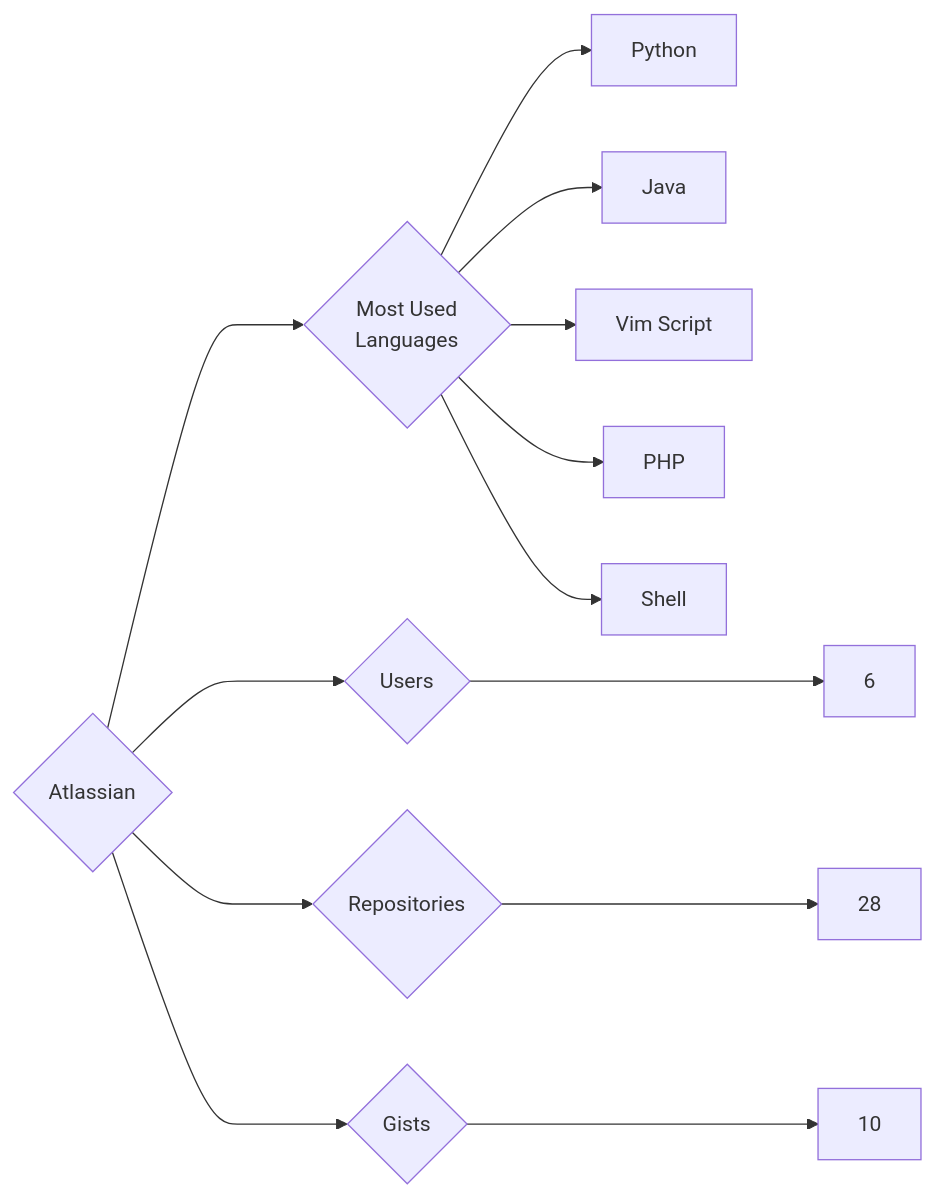
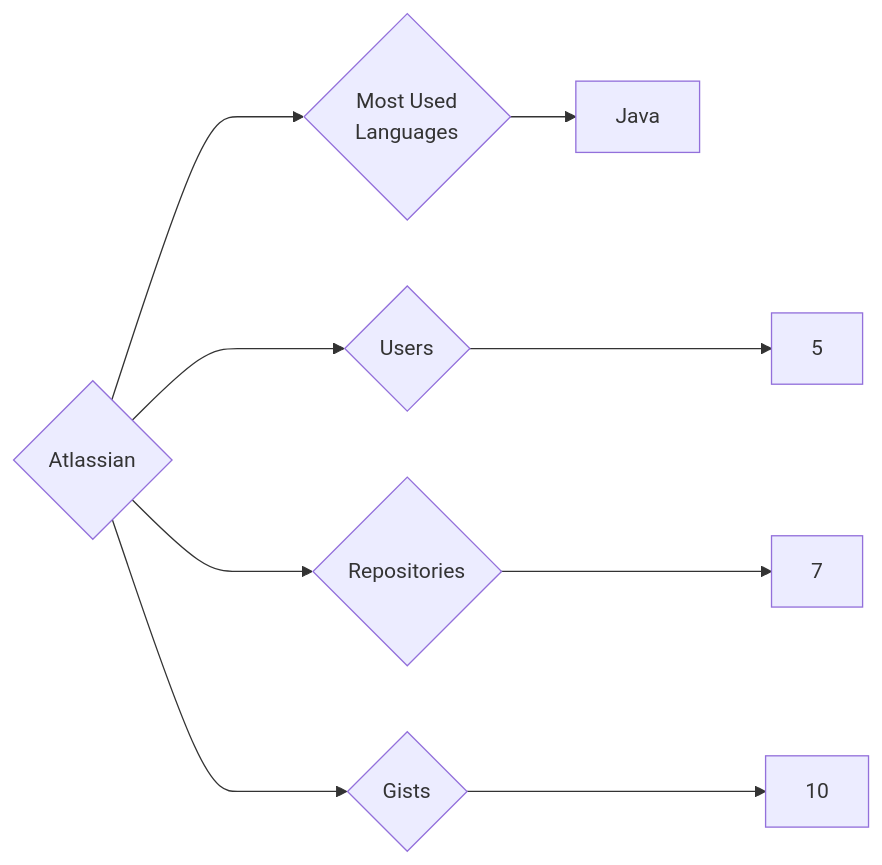
One commit to trickest/insiders changed the diagram in targets/Atlassian/README.md. Above: the diagram before and after it, drawn with Mermaid. The commit also changed 1036 other files, not shown here.

````diff
--- a/targets/Atlassian/README.md
+++ b/targets/Atlassian/README.md
@@ -3,13 +3,9 @@
 ```mermaid
 graph LR
 COMPANY_NAME{Atlassian}
-COMPANY_NAME ---> U{Users} ---> UN[6]
-COMPANY_NAME ---> R{Repositories} ---> RN[28]
+COMPANY_NAME ---> U{Users} ---> UN[5]
+COMPANY_NAME ---> R{Repositories} ---> RN[7]
 COMPANY_NAME ---> G{Gists} ---> GN[10]
 COMPANY_NAME ---> ML{Most Used<br>Languages}
-ML --> Python[Python]
 ML --> Java[Java]
-ML --> Vim_Script[Vim Script]
-ML --> PHP[PHP]
-ML --> Shell[Shell]
 ```
````
